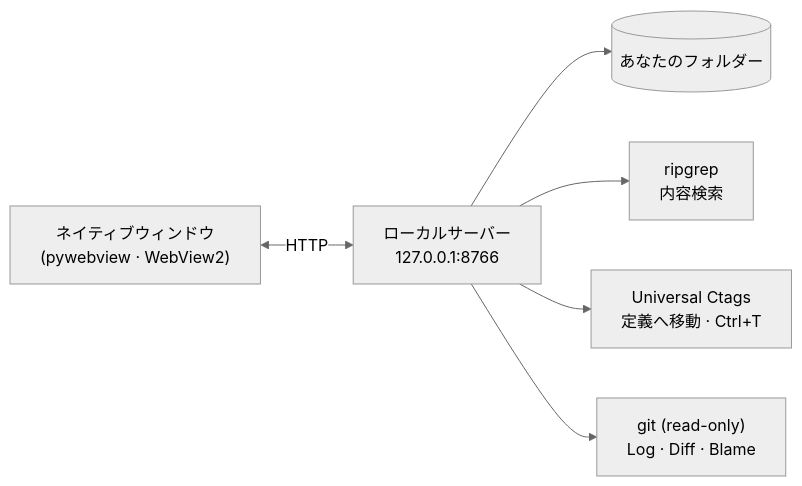
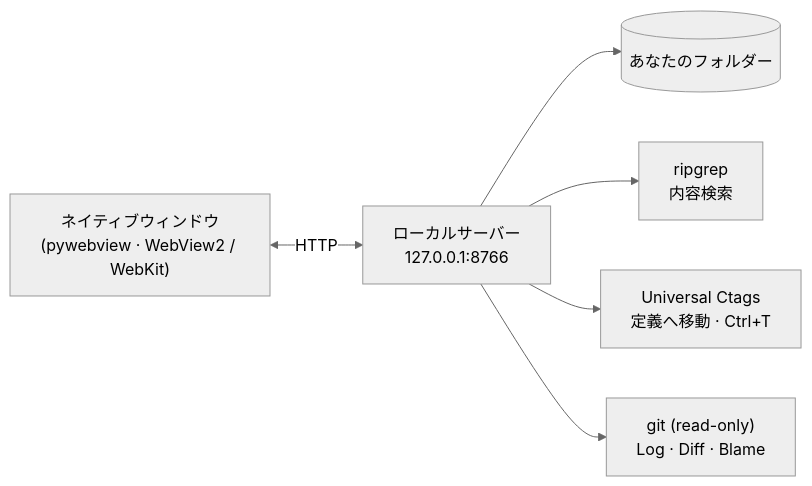
One commit to dongliquan/ReadO changed the diagram in README.ja.md. Above: the diagram before and after it, drawn with Mermaid (neutral theme). The commit also changed other lines of this file and 16 other files, not shown here.

Commit message:
macOS support: WebKit window, Finder/Trash, build_mac.sh, mac ripgrep, CI and release for mac; README mentions macOS

````diff
--- a/README.ja.md
+++ b/README.ja.md
@@ -21,8 +21,8 @@
 ```mermaid
 flowchart LR
-  W["ネイティブウィンドウ<br/>(pywebview · WebView2)"] <-->|HTTP| S["ローカルサーバー<br/>127.0.0.1:8766"]
+  W["ネイティブウィンドウ<br/>(pywebview · WebView2 / WebKit)"] <-->|HTTP| S["ローカルサーバー<br/>127.0.0.1:8766"]
   S --> F[("あなたのフォルダー")]
   S --> R["ripgrep<br/>内容検索"]
   S --> C["Universal Ctags<br/>定義へ移動 · Ctrl+T"]
   S --> G["git (read-only)<br/>Log · Diff · Blame"]
 ```
````
